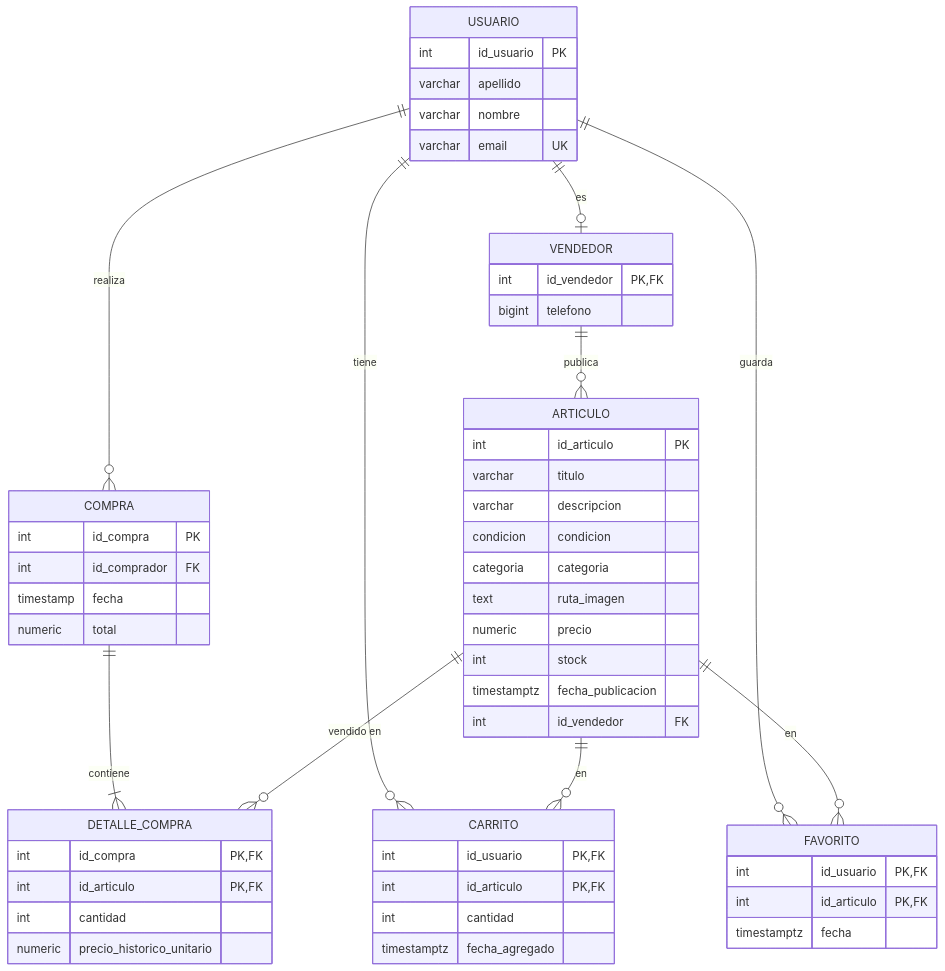
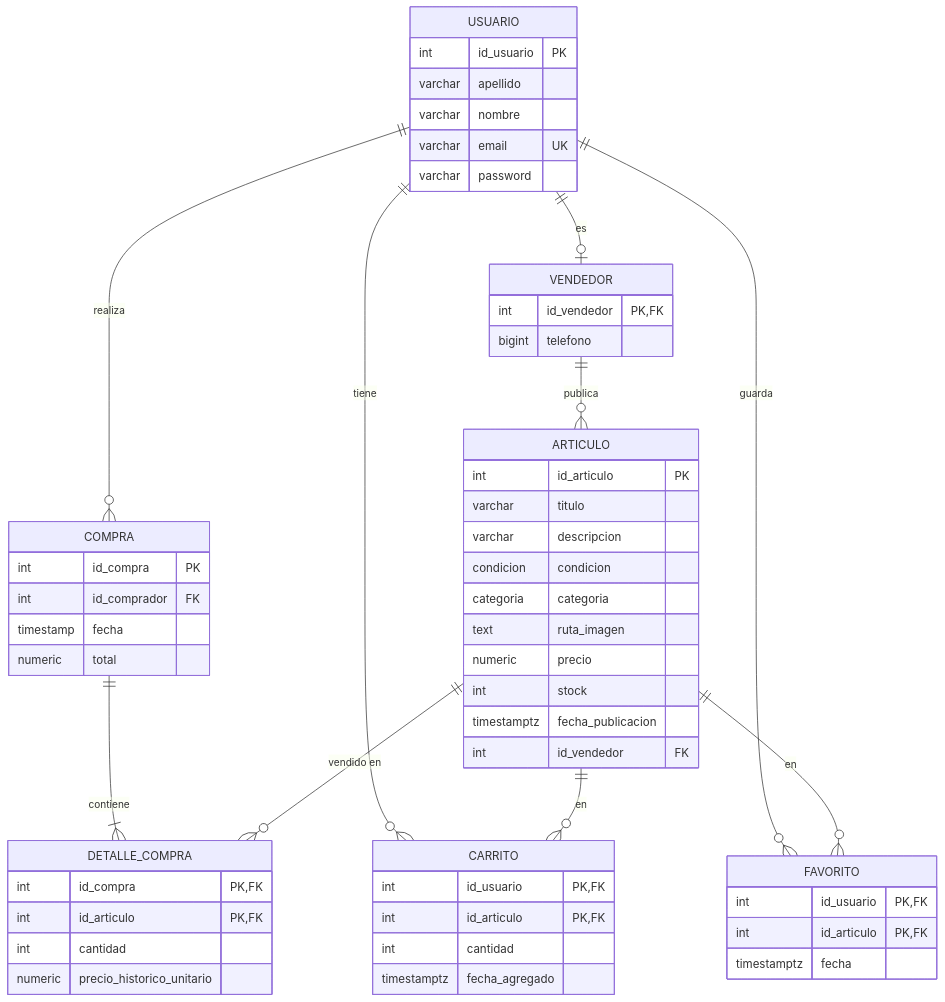
The fourth of 4 diagrams in docs/diagramas.md (az-juan/tan-bit), drawn with Mermaid before and after one commit. The commit also changed 19 other files, not shown here.

````diff
--- a/docs/diagramas.md
+++ b/docs/diagramas.md
@@ -77,58 +77,59 @@
 ```mermaid
 erDiagram
   USUARIO {
     int id_usuario PK
     varchar apellido
     varchar nombre
     varchar email UK
+    varchar password
   }
   VENDEDOR {
     int id_vendedor PK,FK
     bigint telefono
   }
   ARTICULO {
     int id_articulo PK
     varchar titulo
     varchar descripcion
     condicion condicion
     categoria categoria
     text ruta_imagen
     numeric precio
     int stock
     timestamptz fecha_publicacion
     int id_vendedor FK
   }
   COMPRA {
     int id_compra PK
     int id_comprador FK
     timestamp fecha
     numeric total
   }
   DETALLE_COMPRA {
     int id_compra PK,FK
     int id_articulo PK,FK
     int cantidad
     numeric precio_historico_unitario
   }
   CARRITO {
     int id_usuario PK,FK
     int id_articulo PK,FK
     int cantidad
     timestamptz fecha_agregado
   }
   FAVORITO {
     int id_usuario PK,FK
     int id_articulo PK,FK
     timestamptz fecha
   }
 
   USUARIO ||--o| VENDEDOR : "es"
   VENDEDOR ||--o{ ARTICULO : "publica"
   USUARIO ||--o{ COMPRA : "realiza"
   COMPRA ||--|{ DETALLE_COMPRA : "contiene"
   ARTICULO ||--o{ DETALLE_COMPRA : "vendido en"
   USUARIO ||--o{ CARRITO : "tiene"
   ARTICULO ||--o{ CARRITO : "en"
   USUARIO ||--o{ FAVORITO : "guarda"
   ARTICULO ||--o{ FAVORITO : "en"
 ```
````
